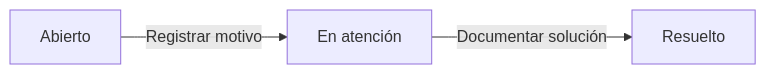
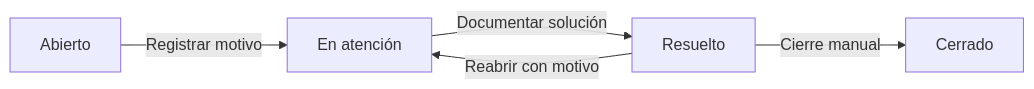
Before and after one commit to WENDOSKI07/support-metrics-api: the first of 2 diagrams in README.md, drawn with Mermaid. The commit also changed other lines of this file and 25 other files, not shown here.

````diff
--- a/README.md
+++ b/README.md
@@ -35,5 +33,7 @@
 ```mermaid
 flowchart LR
     A[Abierto] -->|Registrar motivo| B[En atención]
     B -->|Documentar solución| C[Resuelto]
+    C -->|Reabrir con motivo| B
+    C -->|Cierre manual| D[Cerrado]
 ```
````
